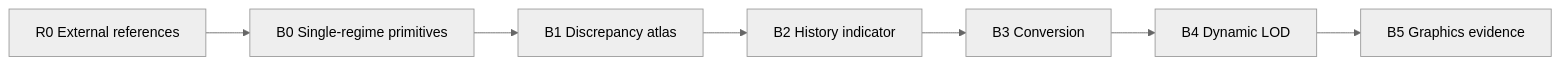
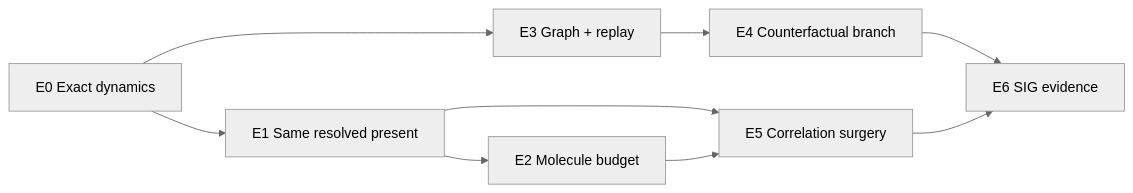
Before and after one commit to jandan138/history-aware-molecular-kinetic: the diagram in docs/benchmarks/suite.md, drawn with Mermaid (neutral theme). The commit also changed other lines of this file, not shown here.

````diff
--- a/docs/benchmarks/suite.md
+++ b/docs/benchmarks/suite.md
@@ -19,9 +54,11 @@
 ```mermaid
 flowchart LR
-    R0[R0 External references] --> B0[B0 Single-regime primitives]
-    B0 --> B1[B1 Discrepancy atlas]
-    B1 --> B2[B2 History indicator]
-    B2 --> B3[B3 Conversion]
-    B3 --> B4[B4 Dynamic LOD]
-    B4 --> B5[B5 Graphics evidence]
+    E0[E0 Exact dynamics] --> E1[E1 Same resolved present]
+    E1 --> E2[E2 Molecule budget]
+    E0 --> E3[E3 Graph + replay]
+    E3 --> E4[E4 Counterfactual branch]
+    E1 --> E5[E5 Correlation surgery]
+    E2 --> E5
+    E4 --> E6[E6 SIG evidence]
+    E5 --> E6
 ```
````
